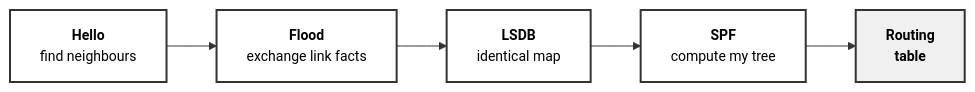
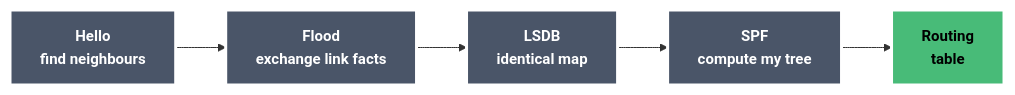
Before and after one commit to etherhtun/netforge-labs: the diagram in docs/courses/00-igp-fundamentals/01-link-state.md, drawn with Mermaid. The commit also changed 1 other file, not shown here.

Commit message:
fix: use high-contrast colors for Phase 0 diagrams
Previous light backgrounds with dark text were too faint, especially in dark
mode. Updated both Mermaid diagrams to use proven high-contrast scheme:

Color scheme:
- Process steps: dark gray (#4a5568) with white text
- Final result: green (#48bb78) with black text
- Borders: white (#ffffff) at 3px width for visibility
- Font: bold, 14-15px for readability in both themes

Diagrams:
- 01-link-state: Hello → Flood → LSDB → SPF → Routing table
- 02-ospf: Down → Init → 2-Way → ExStart → Exchange → Loading → Full

````diff
--- a/docs/courses/00-igp-fundamentals/01-link-state.md
+++ b/docs/courses/00-igp-fundamentals/01-link-state.md
@@ -86,10 +86,10 @@
 ```mermaid
 graph LR
     A["<b>Hello</b><br/>find neighbours"] --> B["<b>Flood</b><br/>exchange link facts"]
     B --> C["<b>LSDB</b><br/>identical map"]
     C --> D["<b>SPF</b><br/>compute my tree"]
     D --> E["<b>Routing<br/>table</b>"]
-    classDef process fill:#ffffff,stroke:#333333,color:#000000,stroke-width:2px,font-size:14px;
-    classDef result fill:#f0f0f0,stroke:#333333,color:#000000,stroke-width:2px,font-size:14px;
+    classDef process fill:#4a5568,stroke:#ffffff,color:#ffffff,stroke-width:3px,font-size:15px,font-weight:bold;
+    classDef result fill:#48bb78,stroke:#ffffff,color:#000000,stroke-width:3px,font-size:15px,font-weight:bold;
     class A,B,C,D process; class E result;
 ```
````
